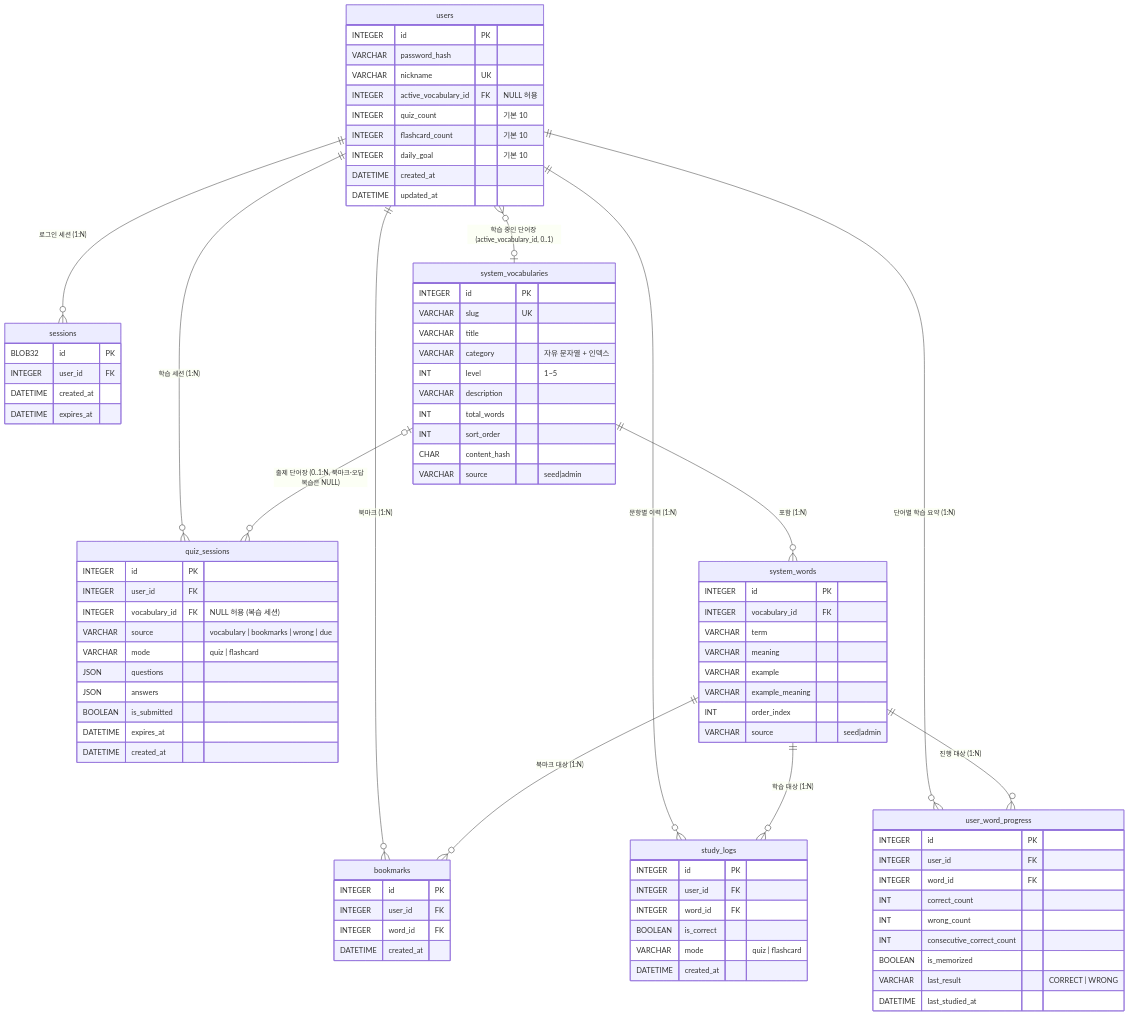
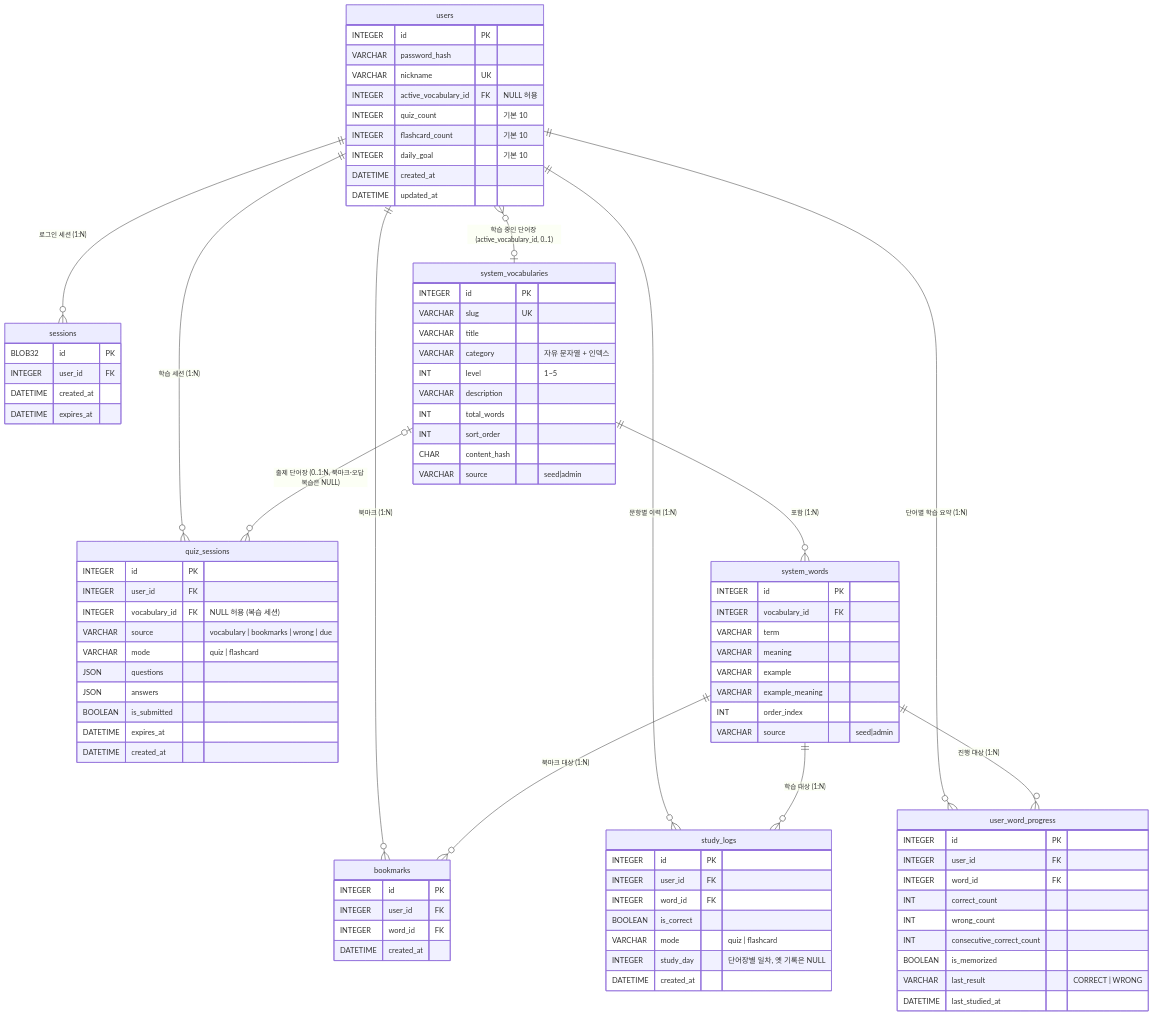
One commit to fort4/voda-voca changed the diagram in docs/voda-voca_Data_Design_v3.0_261125.md. Above: the diagram before and after it, drawn with Mermaid. The commit also changed other lines of this file and 9 other files, not shown here.

````diff
--- a/docs/voda-voca_Data_Design_v3.0_261125.md
+++ b/docs/voda-voca_Data_Design_v3.0_261125.md
@@ -110,6 +110,7 @@
         INTEGER word_id FK
         BOOLEAN is_correct
         VARCHAR mode "quiz | flashcard"
+        INTEGER study_day "단어장별 일차, 옛 기록은 NULL"
         DATETIME created_at
     }
 ```
````
